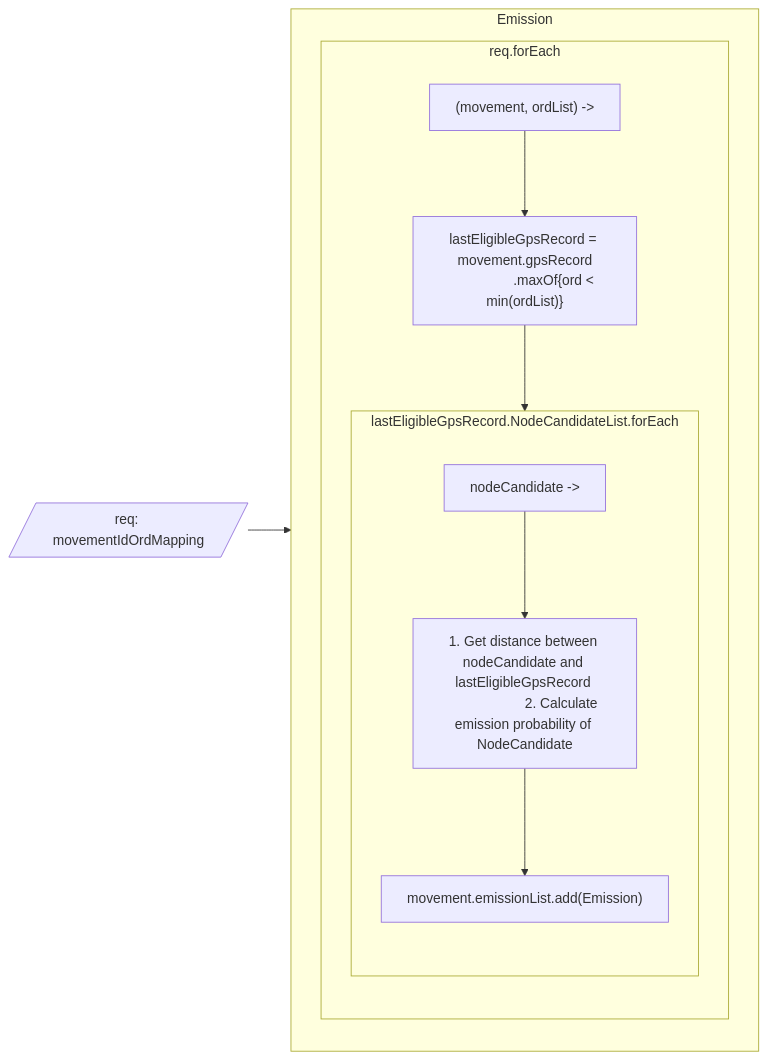
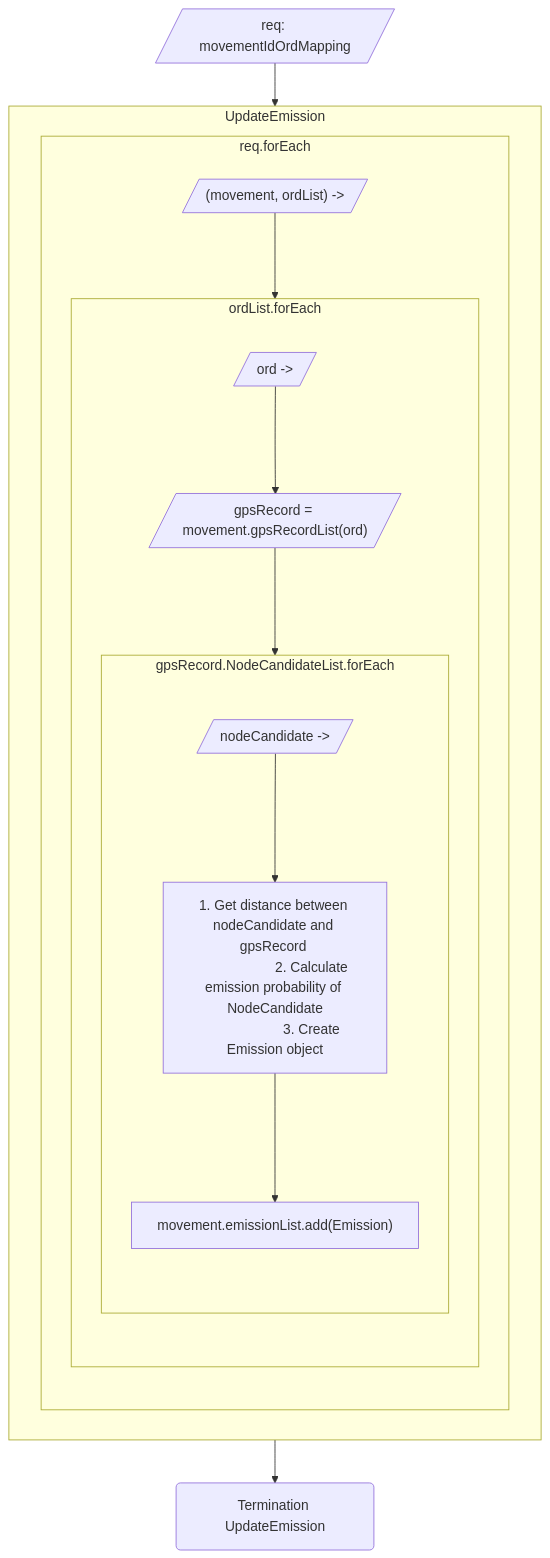
One commit to tw-yoo/appmeter-revising-flowchart changed the diagram in 3_emission.mmd. Above: the diagram before and after it, drawn with Mermaid. The commit also changed 5 other files, not shown here.

```diff
--- a/3_emission.mmd
+++ b/3_emission.mmd
@@ -1,36 +1,42 @@
-flowchart LR
+flowchart TB
     Input[/req: movementIdOrdMapping/]
 
-    subgraph Emission
+    subgraph UpdateEmission
 
         subgraph req.forEach
             direction TB 
             
-            itReq["(movement, ordList) ->"]
-            lastEligibleGpsRecord["
-                lastEligibleGpsRecord = movement.gpsRecord
-                .maxOf{ord < min(ordList)}
-            "]
+            itReq[/"(movement, ordList) ->"/]
 
-            subgraph lastEligibleGpsRecord.NodeCandidateList.forEach
+            subgraph ordList.forEach
                 direction TB
-                itNodeCandidate["nodeCandidate ->"]
+                itOrdList[/"ord ->"/]
+                lastEligibleGpsRecord[/"gpsRecord = movement.gpsRecordList(ord)"/]
+
+            subgraph gpsRecord.NodeCandidateList.forEach
+                direction TB
+                itNodeCandidate[/"nodeCandidate ->"/]
 
                 GetEmission["
-                    1. Get distance between nodeCandidate and lastEligibleGpsRecord 
+                    1. Get distance between nodeCandidate and gpsRecord 
                     2. Calculate emission probability of NodeCandidate
+                    3. Create Emission object
                 "]
 
                 AddEmission["
                     movement.emissionList.add(Emission)
                 "]
 
                 itNodeCandidate --> GetEmission --> AddEmission
             end
 
-            itReq --> lastEligibleGpsRecord --> lastEligibleGpsRecord.NodeCandidateList.forEach
+            itOrdList --> lastEligibleGpsRecord --> gpsRecord.NodeCandidateList.forEach
+            end
+
+            itReq --> ordList.forEach
 
         end
     end
     
-    Input --> Emission
+    Termination("Termination UpdateEmission")
+    Input --> UpdateEmission --> Termination
```
